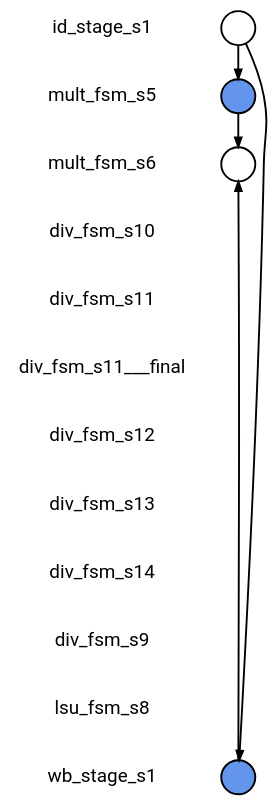
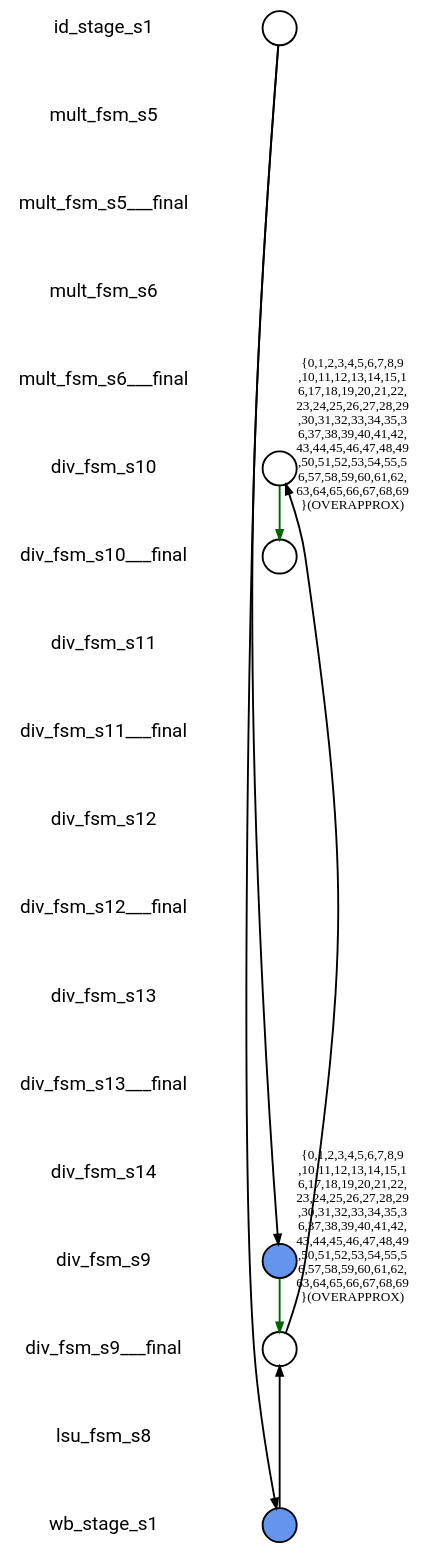
One commit to naomipark3/SynthLC changed the diagram in fv/synthlc/i_MUL_out/xSummarize/nonisograph/com_6_0.dot. Above: the diagram before and after it, drawn with Graphviz. The commit also changed 12067 other files, not shown here.

```diff
--- a/fv/synthlc/i_MUL_out/xSummarize/nonisograph/com_6_0.dot
+++ b/fv/synthlc/i_MUL_out/xSummarize/nonisograph/com_6_0.dot
@@ -1,53 +1,95 @@
 
 digraph G {
     edge [penwidth=2];
     node [ shape=box, fontsize=20, penwidth=2, fontname="roboto"];
     esep=0.5;
     layout=neato;
     overlap=scale;
     splines=true;
 
 l_id_stage_s1 [label="id_stage_s1"; pos="0,-0!"; shape=none];
 
 l_mult_fsm_s5 [label="mult_fsm_s5"; pos="0,-1!"; shape=none];
 
-l_mult_fsm_s6 [label="mult_fsm_s6"; pos="0,-2!"; shape=none];
+l_mult_fsm_s5___final [label="mult_fsm_s5___final"; pos="0,-2!"; shape=none];
 
-l_div_fsm_s10 [label="div_fsm_s10"; pos="0,-3!"; shape=none];
+l_mult_fsm_s6 [label="mult_fsm_s6"; pos="0,-3!"; shape=none];
 
-l_div_fsm_s11 [label="div_fsm_s11"; pos="0,-4!"; shape=none];
+l_mult_fsm_s6___final [label="mult_fsm_s6___final"; pos="0,-4!"; shape=none];
 
-l_div_fsm_s11___final [label="div_fsm_s11___final"; pos="0,-5!"; shape=none];
+l_div_fsm_s10 [label="div_fsm_s10"; pos="0,-5!"; shape=none];
 
-l_div_fsm_s12 [label="div_fsm_s12"; pos="0,-6!"; shape=none];
+l_div_fsm_s10___final [label="div_fsm_s10___final"; pos="0,-6!"; shape=none];
 
-l_div_fsm_s13 [label="div_fsm_s13"; pos="0,-7!"; shape=none];
+l_div_fsm_s11 [label="div_fsm_s11"; pos="0,-7!"; shape=none];
 
-l_div_fsm_s14 [label="div_fsm_s14"; pos="0,-8!"; shape=none];
+l_div_fsm_s11___final [label="div_fsm_s11___final"; pos="0,-8!"; shape=none];
 
-l_div_fsm_s9 [label="div_fsm_s9"; pos="0,-9!"; shape=none];
+l_div_fsm_s12 [label="div_fsm_s12"; pos="0,-9!"; shape=none];
 
-l_lsu_fsm_s8 [label="lsu_fsm_s8"; pos="0,-10!"; shape=none];
+l_div_fsm_s12___final [label="div_fsm_s12___final"; pos="0,-10!"; shape=none];
 
-l_wb_stage_s1 [label="wb_stage_s1"; pos="0,-11!"; shape=none];
+l_div_fsm_s13 [label="div_fsm_s13"; pos="0,-11!"; shape=none];
+
+l_div_fsm_s13___final [label="div_fsm_s13___final"; pos="0,-12!"; shape=none];
+
+l_div_fsm_s14 [label="div_fsm_s14"; pos="0,-13!"; shape=none];
+
+l_div_fsm_s9 [label="div_fsm_s9"; pos="0,-14!"; shape=none];
+
+l_div_fsm_s9___final [label="div_fsm_s9___final"; pos="0,-15!"; shape=none];
+
+l_lsu_fsm_s8 [label="lsu_fsm_s8"; pos="0,-16!"; shape=none];
+
+l_wb_stage_s1 [label="wb_stage_s1"; pos="0,-17!"; shape=none];
 
 n_id_stage_s1 [label=""; pos="2,-0!"; shape=circle ]; 
 
 
-n_mult_fsm_s5 [style=filled, color=black, fillcolor="#6495ED", label=""; pos="2,-1!"; shape=circle ]; 
+n_div_fsm_s10 [label=""; pos="2,-5!"; shape=circle ]; 
 
 
-n_mult_fsm_s6 [label=""; pos="2,-2!"; shape=circle ]; 
+n_div_fsm_s9 [style=filled, color=black, fillcolor="#6495ED", label=""; pos="2,-14!"; shape=circle ]; 
 
 
-n_wb_stage_s1 [style=filled, color=black, fillcolor="#6495ED", label=""; pos="2,-11!"; shape=circle ]; 
+n_wb_stage_s1 [style=filled, color=black, fillcolor="#6495ED", label=""; pos="2,-17!"; shape=circle ]; 
+
+
+n_div_fsm_s10___final [label=""; pos="2,-6!"; shape=circle ]; 
+
+
+n_div_fsm_s9___final [label=""; pos="2,-15!"; shape=circle ]; 
 
 
 n_id_stage_s1 -> n_wb_stage_s1 [color="black"];
 
-n_id_stage_s1 -> n_mult_fsm_s5 [color="black"];
+n_id_stage_s1 -> n_div_fsm_s9 [color="black"];
 
-n_mult_fsm_s5 -> n_mult_fsm_s6 [color="black"];
+n_div_fsm_s10 -> n_div_fsm_s10___final [color="#006400", label="{0,1,2,3,4,5,6,7,8,9
+,10,11,12,13,14,15,1
+6,17,18,19,20,21,22,
+23,24,25,26,27,28,29
+,30,31,32,33,34,35,3
+6,37,38,39,40,41,42,
+43,44,45,46,47,48,49
+,50,51,52,53,54,55,5
+6,57,58,59,60,61,62,
+63,64,65,66,67,68,69
+}(OVERAPPROX)"];
 
-n_wb_stage_s1 -> n_mult_fsm_s6 [color="black"];
+n_div_fsm_s9 -> n_div_fsm_s9___final [color="#006400", label="{0,1,2,3,4,5,6,7,8,9
+,10,11,12,13,14,15,1
+6,17,18,19,20,21,22,
+23,24,25,26,27,28,29
+,30,31,32,33,34,35,3
+6,37,38,39,40,41,42,
+43,44,45,46,47,48,49
+,50,51,52,53,54,55,5
+6,57,58,59,60,61,62,
+63,64,65,66,67,68,69
+}(OVERAPPROX)"];
+
+n_wb_stage_s1 -> n_div_fsm_s9___final [color="black"];
+
+n_div_fsm_s9___final -> n_div_fsm_s10 [color="black"];
 }
```
